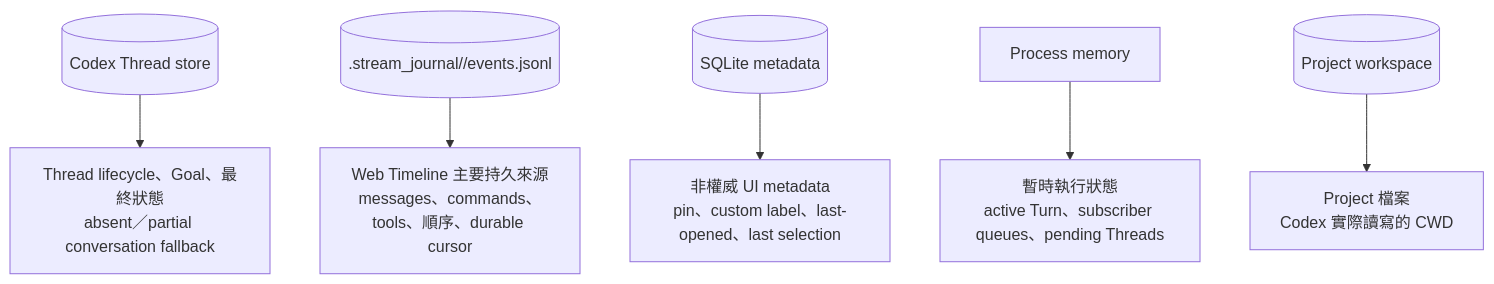
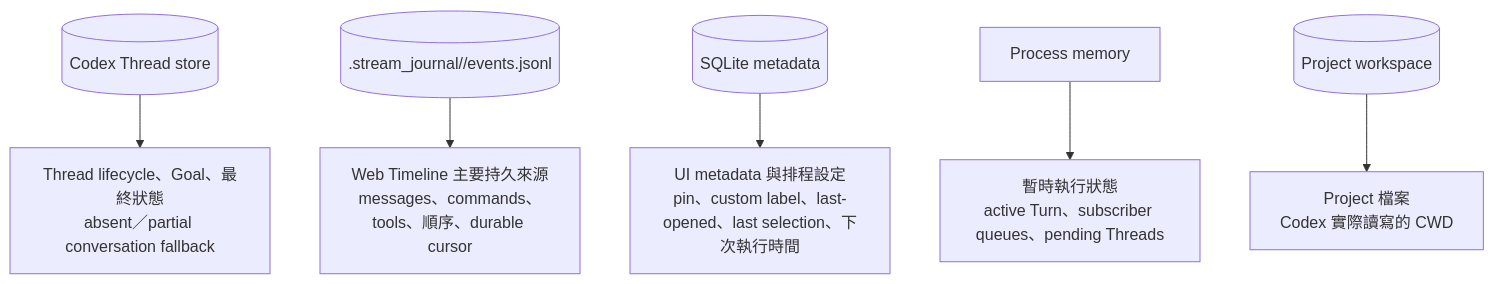
The second of 3 diagrams in docs/architecture.md (sevenjay/agent_app_server), drawn with Mermaid before and after one commit. The commit also changed other lines of this file and 13 other files, not shown here.

````diff
--- a/docs/architecture.md
+++ b/docs/architecture.md
@@ -91,14 +96,14 @@
 ```mermaid
 flowchart TB
     codex[("Codex Thread store")]
     journal[(".stream_journal/<thread>/events.jsonl")]
     sqlite[("SQLite metadata")]
     memory["Process memory"]
     workspace[("Project workspace")]
 
     journal --> journal_data["Web Timeline 主要持久來源<br/>messages、commands、tools、順序、durable cursor"]
     codex --> codex_data["Thread lifecycle、Goal、最終狀態<br/>absent／partial conversation fallback"]
-    sqlite --> ui_data["非權威 UI metadata<br/>pin、custom label、last-opened、last selection"]
+    sqlite --> ui_data["UI metadata 與排程設定<br/>pin、custom label、last-opened、last selection、下次執行時間"]
     memory --> live_data["暫時執行狀態<br/>active Turn、subscriber queues、pending Threads"]
     workspace --> files["Project 檔案<br/>Codex 實際讀寫的 CWD"]
 ```
````
